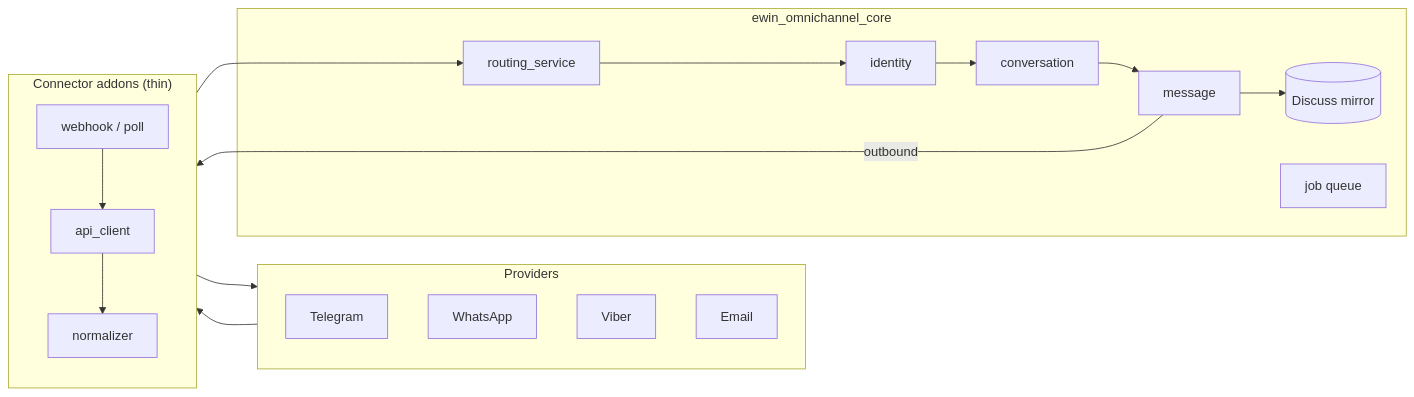
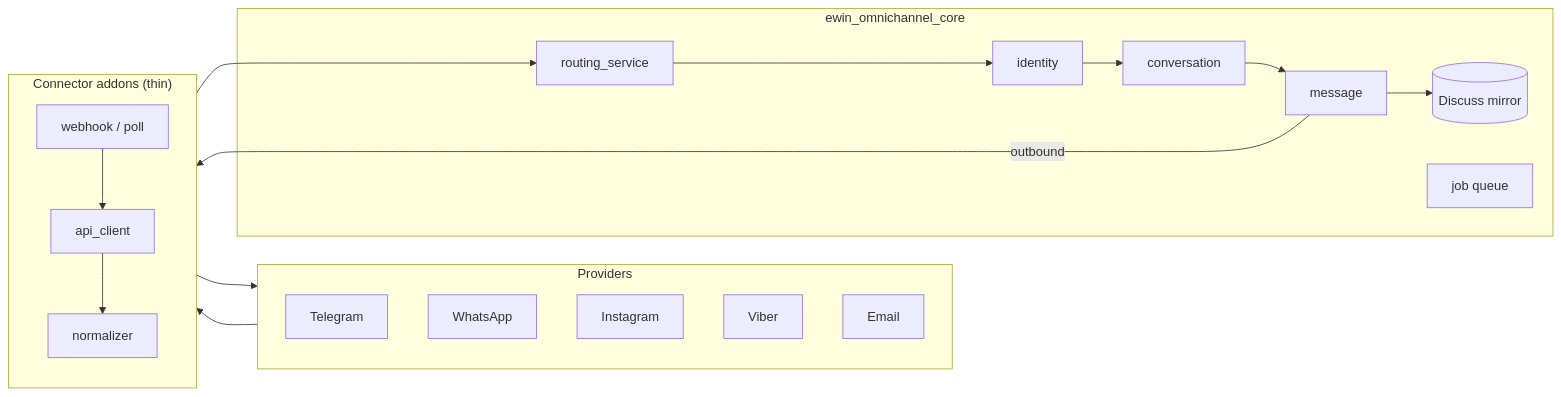
One commit to ewin-codes/ewin-inbox changed the diagram in README.md. Above: the diagram before and after it, drawn with Mermaid. The commit also changed other lines of this file and 28 other files, not shown here.

````diff
--- a/README.md
+++ b/README.md
@@ -39,16 +40,16 @@
 ```mermaid
 flowchart LR
     subgraph Providers
-      TG[Telegram] & WA[WhatsApp] & VB[Viber] & EM[Email]
+      TG[Telegram] & WA[WhatsApp] & IG[Instagram] & VB[Viber] & EM[Email]
     end
     subgraph Connectors["Connector addons (thin)"]
       C1[webhook / poll] --> C2[api_client] --> C3[normalizer]
     end
     subgraph Core["ewin_omnichannel_core"]
       R[routing_service] --> I[identity] --> V[conversation] --> M[message]
       M --> D[(Discuss mirror)]
       Q[job queue]
     end
     Providers --> Connectors --> R
     M -->|outbound| Connectors --> Providers
 ```
````
